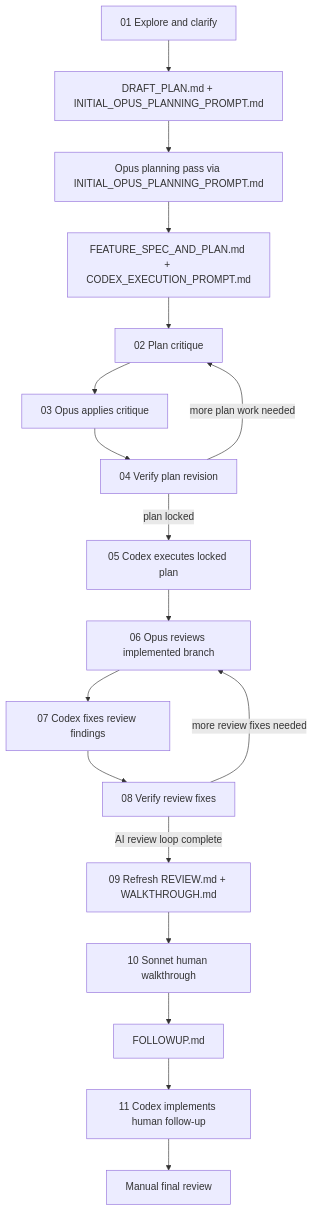
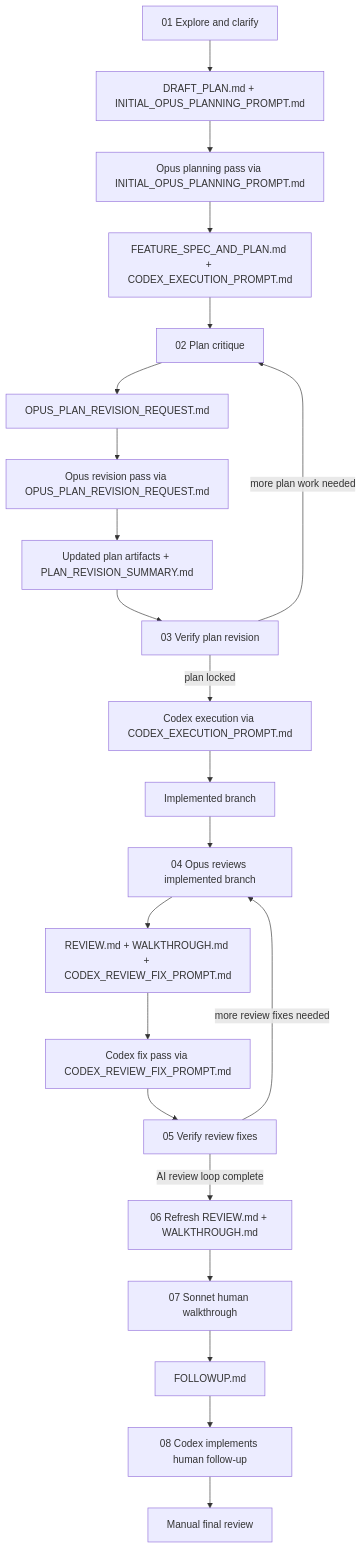
One commit to viseshrp/ai-coding-workflow changed the diagram in README.md. Above: the diagram before and after it, drawn with Mermaid. The commit also changed other lines of this file and 13 other files, not shown here.

````diff
--- a/README.md
+++ b/README.md
@@ -217,20 +215,24 @@
 ```mermaid
 flowchart TD
     A["01 Explore and clarify"] --> B["DRAFT_PLAN.md + INITIAL_OPUS_PLANNING_PROMPT.md"]
     B --> C["Opus planning pass via INITIAL_OPUS_PLANNING_PROMPT.md"]
     C --> D["FEATURE_SPEC_AND_PLAN.md + CODEX_EXECUTION_PROMPT.md"]
     D --> E["02 Plan critique"]
-    E --> F["03 Opus applies critique"]
-    F --> G["04 Verify plan revision"]
-    G -- "more plan work needed" --> E
-    G -- "plan locked" --> H["05 Codex executes locked plan"]
-    H --> I["06 Opus reviews implemented branch"]
-    I --> J["07 Codex fixes review findings"]
-    J --> K["08 Verify review fixes"]
-    K -- "more review fixes needed" --> I
-    K -- "AI review loop complete" --> L["09 Refresh REVIEW.md + WALKTHROUGH.md"]
-    L --> M["10 Sonnet human walkthrough"]
-    M --> N["FOLLOWUP.md"]
-    N --> O["11 Codex implements human follow-up"]
-    O --> P["Manual final review"]
+    E --> F["OPUS_PLAN_REVISION_REQUEST.md"]
+    F --> G["Opus revision pass via OPUS_PLAN_REVISION_REQUEST.md"]
+    G --> H["Updated plan artifacts + PLAN_REVISION_SUMMARY.md"]
+    H --> I["03 Verify plan revision"]
+    I -- "more plan work needed" --> E
+    I -- "plan locked" --> J["Codex execution via CODEX_EXECUTION_PROMPT.md"]
+    J --> K["Implemented branch"]
+    K --> L["04 Opus reviews implemented branch"]
+    L --> M["REVIEW.md + WALKTHROUGH.md + CODEX_REVIEW_FIX_PROMPT.md"]
+    M --> N["Codex fix pass via CODEX_REVIEW_FIX_PROMPT.md"]
+    N --> O["05 Verify review fixes"]
+    O -- "more review fixes needed" --> L
+    O -- "AI review loop complete" --> P["06 Refresh REVIEW.md + WALKTHROUGH.md"]
+    P --> Q["07 Sonnet human walkthrough"]
+    Q --> R["FOLLOWUP.md"]
+    R --> S["08 Codex implements human follow-up"]
+    S --> T["Manual final review"]
 ```
````
